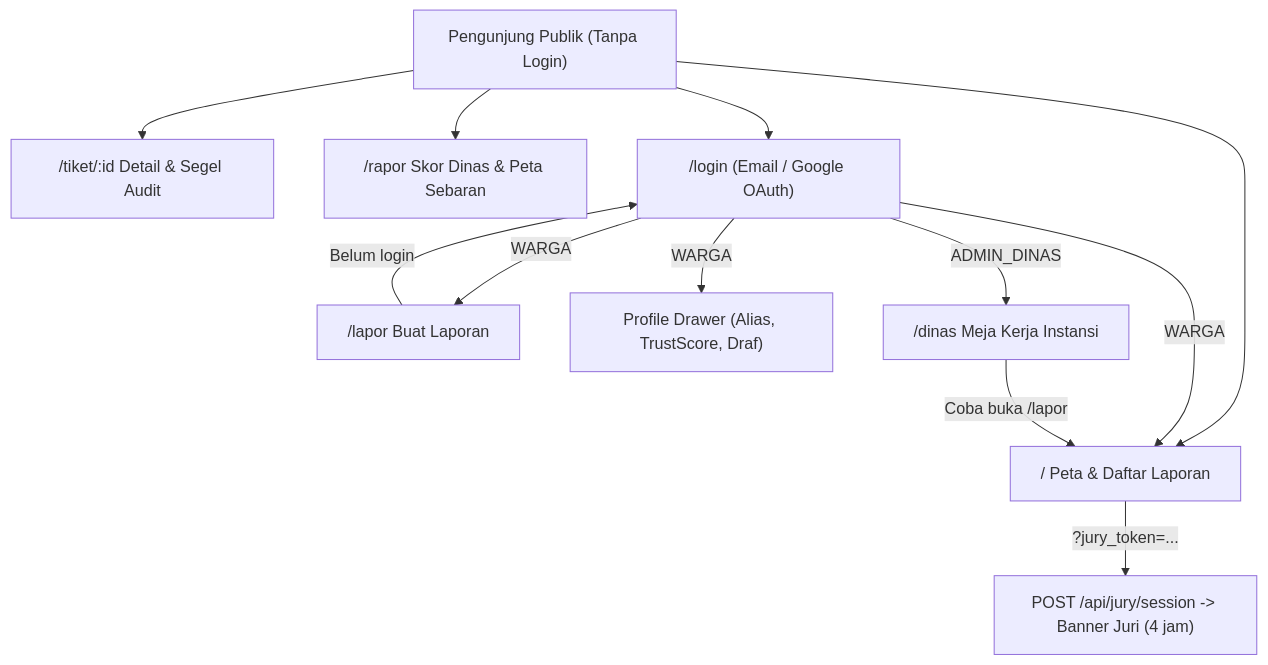
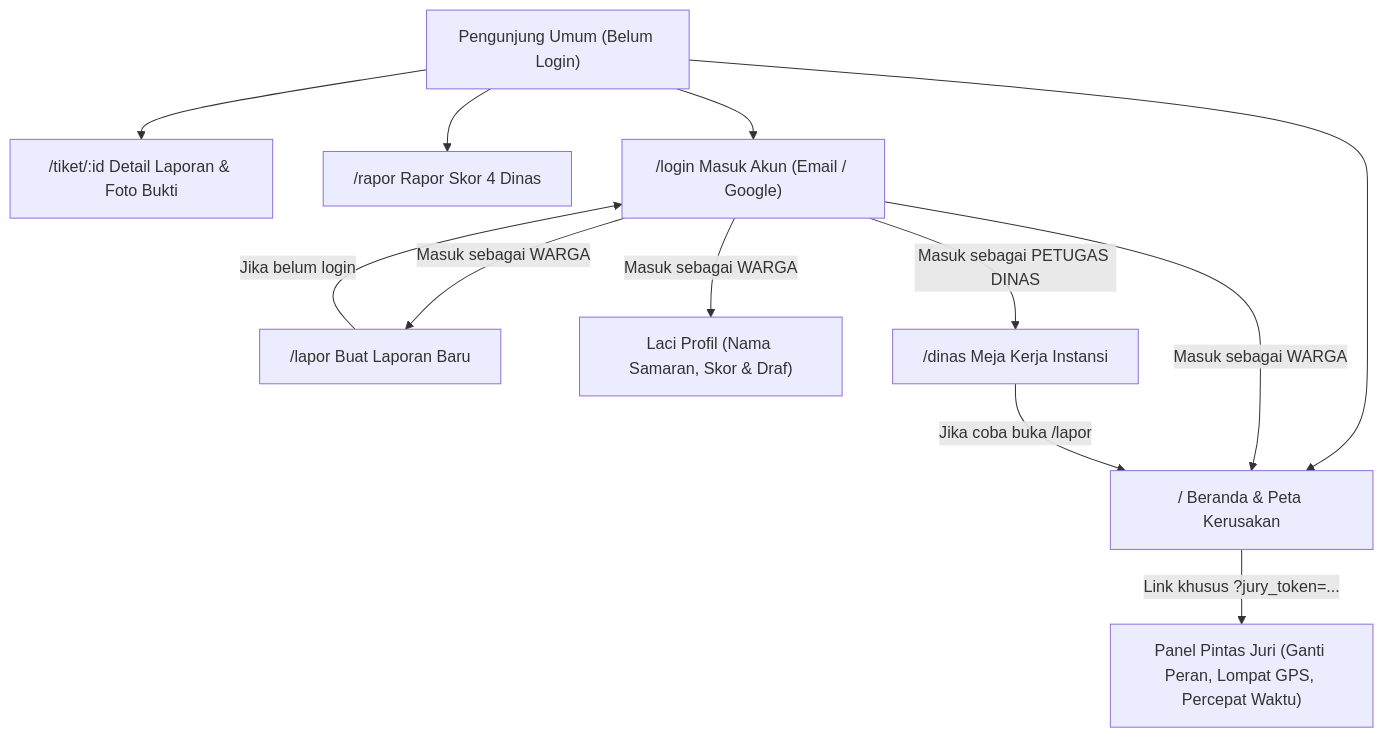
One commit to AryaKhaslana/LaporPAK changed the first of 4 diagrams in docs/flow.md. Above: the diagram before and after it, drawn with Mermaid. The commit also changed other lines of this file and 1 other file, not shown here.

Commit message:
docs: rewrite flow in plain Indonesian and add detailed team task division

````diff
--- a/docs/flow.md
+++ b/docs/flow.md
@@ -9,16 +11,16 @@
 ```mermaid
 flowchart TD
-    Visitor["Pengunjung Publik (Tanpa Login)"] --> Home["/ Peta & Daftar Laporan"]
-    Visitor --> Detail["/tiket/:id Detail & Segel Audit"]
-    Visitor --> Rapor["/rapor Skor Dinas & Peta Sebaran"]
-    Visitor --> Login["/login (Email / Google OAuth)"]
+    Visitor["Pengunjung Umum (Belum Login)"] --> Home["/ Beranda & Peta Kerusakan"]
+    Visitor --> Detail["/tiket/:id Detail Laporan & Foto Bukti"]
+    Visitor --> Rapor["/rapor Rapor Skor 4 Dinas"]
+    Visitor --> Login["/login Masuk Akun (Email / Google)"]
 
-    Login -->|WARGA| Home
-    Login -->|WARGA| Lapor["/lapor Buat Laporan"]
-    Login -->|WARGA| Drawer["Profile Drawer (Alias, TrustScore, Draf)"]
-    Login -->|ADMIN_DINAS| Dinas["/dinas Meja Kerja Instansi"]
+    Login -->|Masuk sebagai WARGA| Home
+    Login -->|Masuk sebagai WARGA| Lapor["/lapor Buat Laporan Baru"]
+    Login -->|Masuk sebagai WARGA| Drawer["Laci Profil (Nama Samaran, Skor & Draf)"]
+    Login -->|Masuk sebagai PETUGAS DINAS| Dinas["/dinas Meja Kerja Instansi"]
 
-    Dinas -->|Coba buka /lapor| Home
-    Lapor -->|Belum login| Login
-    Home -->|"?jury_token=..."| Jury["POST /api/jury/session -> Banner Juri (4 jam)"]
+    Dinas -->|Jika coba buka /lapor| Home
+    Lapor -->|Jika belum login| Login
+    Home -->|Link khusus ?jury_token=...| Jury["Panel Pintas Juri (Ganti Peran, Lompat GPS, Percepat Waktu)"]
 ```
````
